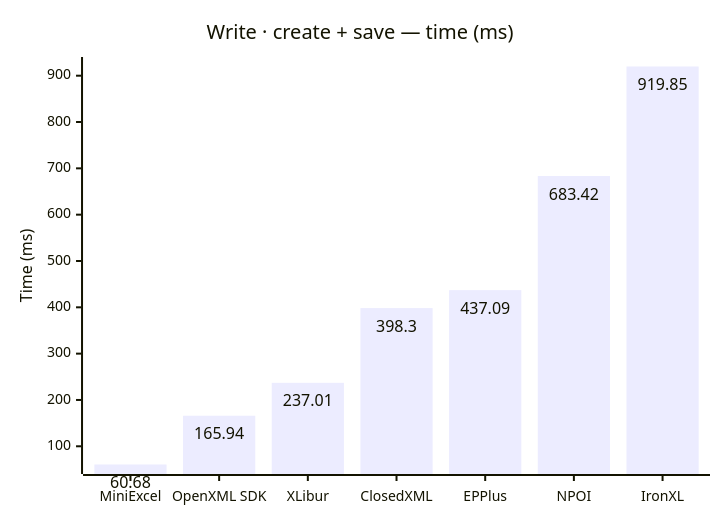
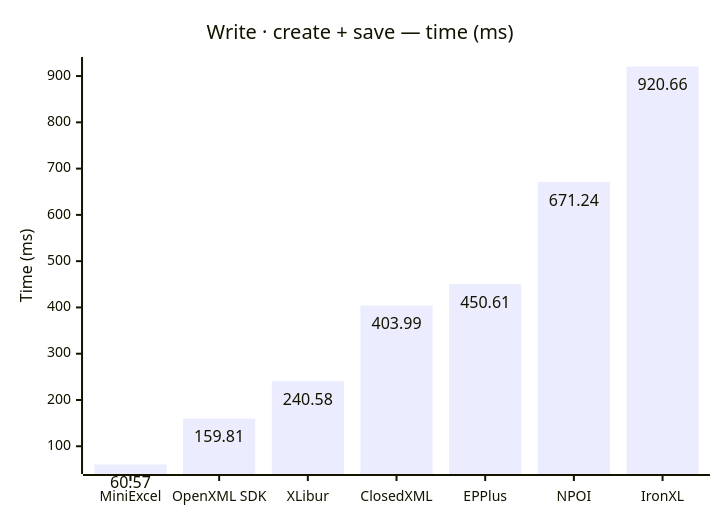
One commit to jafin/XLBench changed the fifth of 10 diagrams in docs/results.md. Above: the diagram before and after it, drawn with Mermaid. The commit also changed other lines of this file and 5 other files, not shown here.

````diff
--- a/docs/results.md
+++ b/docs/results.md
@@ -87,12 +87,12 @@
 ```mermaid
 ---
 config:
   xyChart:
     showDataLabel: true
 ---
 xychart-beta
     title "Write · create + save — time (ms)"
     x-axis ["MiniExcel", "OpenXML SDK", "XLibur", "ClosedXML", "EPPlus", "NPOI", "IronXL"]
     y-axis "Time (ms)"
-    bar [60.68, 165.94, 237.01, 398.3, 437.09, 683.42, 919.85]
+    bar [60.57, 159.81, 240.58, 403.99, 450.61, 671.24, 920.66]
 ```
````
